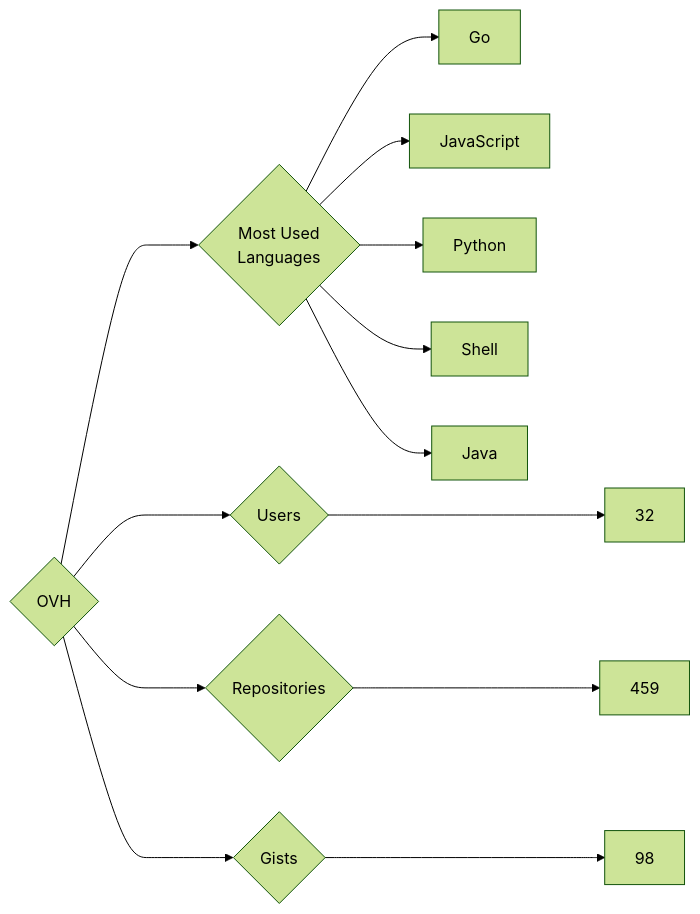
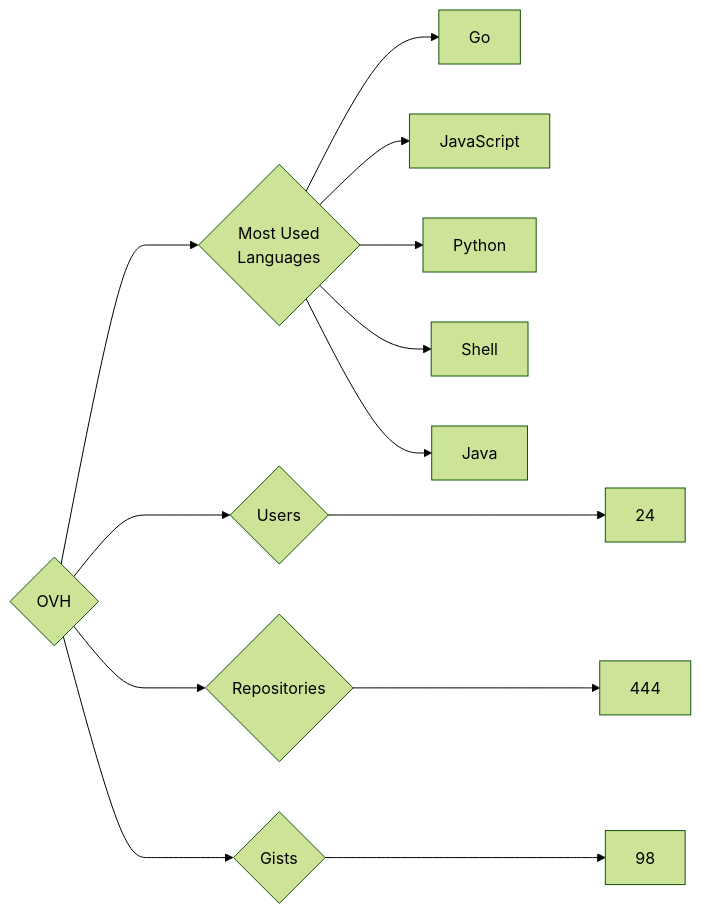
Before and after one commit to trickest/insiders: the diagram in targets/OVH/README.md, drawn with Mermaid (forest theme). The commit also changed 829 other files, not shown here.

````diff
--- a/targets/OVH/README.md
+++ b/targets/OVH/README.md
@@ -3,13 +3,13 @@
 ```mermaid
 graph LR
 COMPANY_NAME{OVH}
-COMPANY_NAME ---> U{Users} ---> UN[32]
-COMPANY_NAME ---> R{Repositories} ---> RN[459]
+COMPANY_NAME ---> U{Users} ---> UN[24]
+COMPANY_NAME ---> R{Repositories} ---> RN[444]
 COMPANY_NAME ---> G{Gists} ---> GN[98]
 COMPANY_NAME ---> ML{Most Used<br>Languages}
 ML --> Go[Go]
 ML --> JavaScript[JavaScript]
 ML --> Python[Python]
 ML --> Shell[Shell]
 ML --> Java[Java]
 ```
````
